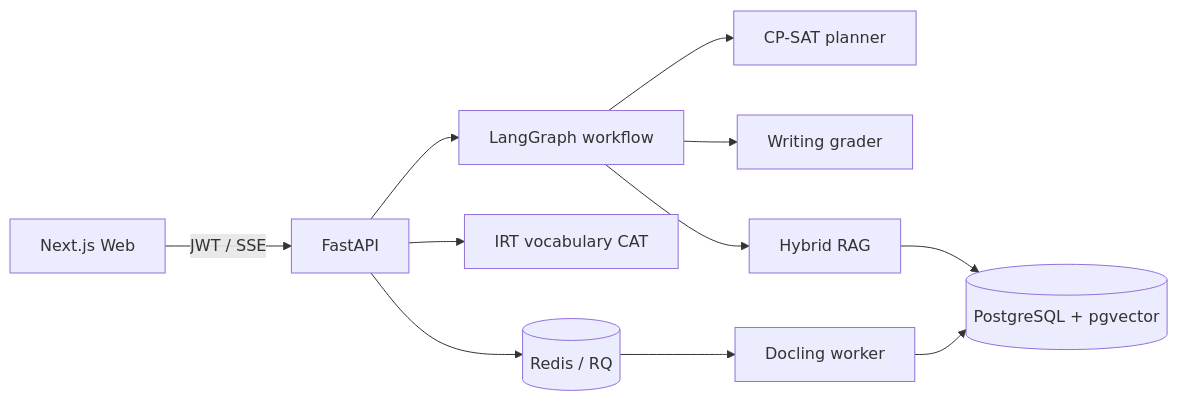
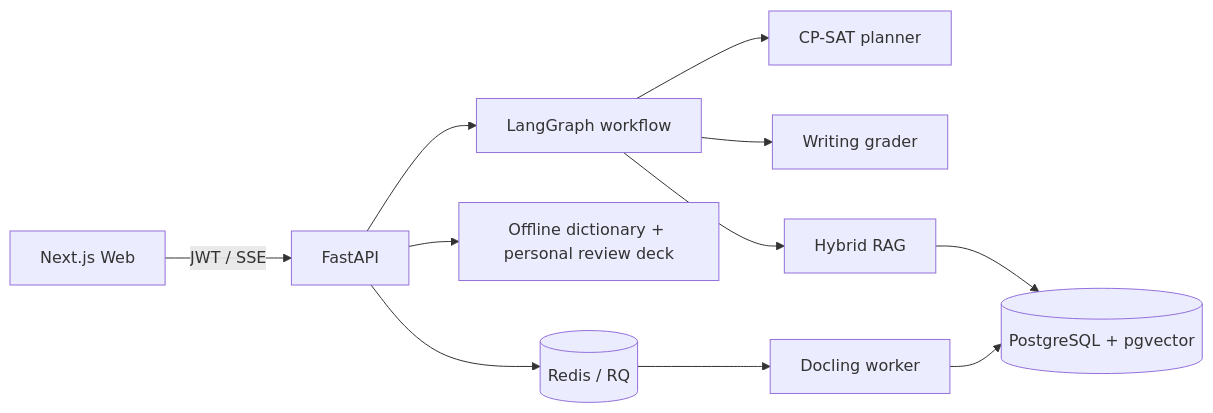
One commit to Swordmynew/IELTS-learning-assistant changed the diagram in README.md. Above: the diagram before and after it, drawn with Mermaid. The commit also changed other lines of this file and 85 other files, not shown here.

Commit message:
Add personal RAG coach, vocabulary learning and focused study workspaces

````diff
--- a/README.md
+++ b/README.md
@@ -27,13 +34,13 @@
 ```mermaid
 flowchart LR
   Web[Next.js Web] -->|JWT / SSE| API[FastAPI]
   API --> Graph[LangGraph workflow]
   Graph --> Planner[CP-SAT planner]
   Graph --> Grader[Writing grader]
   Graph --> RAG[Hybrid RAG]
-  API --> Vocabulary[IRT vocabulary CAT]
+  API --> Vocabulary[Offline dictionary + personal review deck]
   RAG --> PG[(PostgreSQL + pgvector)]
   API --> Redis[(Redis / RQ)]
   Redis --> Worker[Docling worker]
   Worker --> PG
 ```
````
